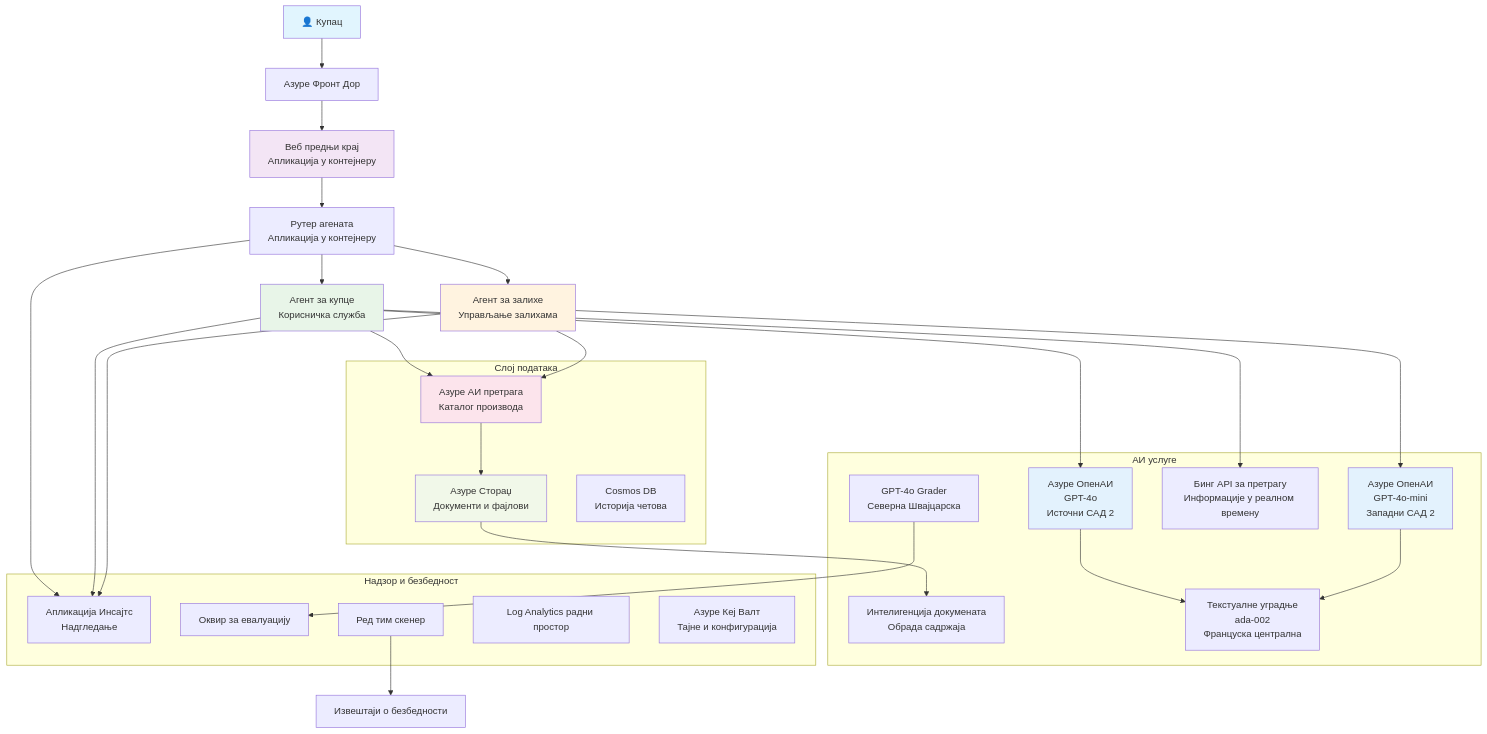
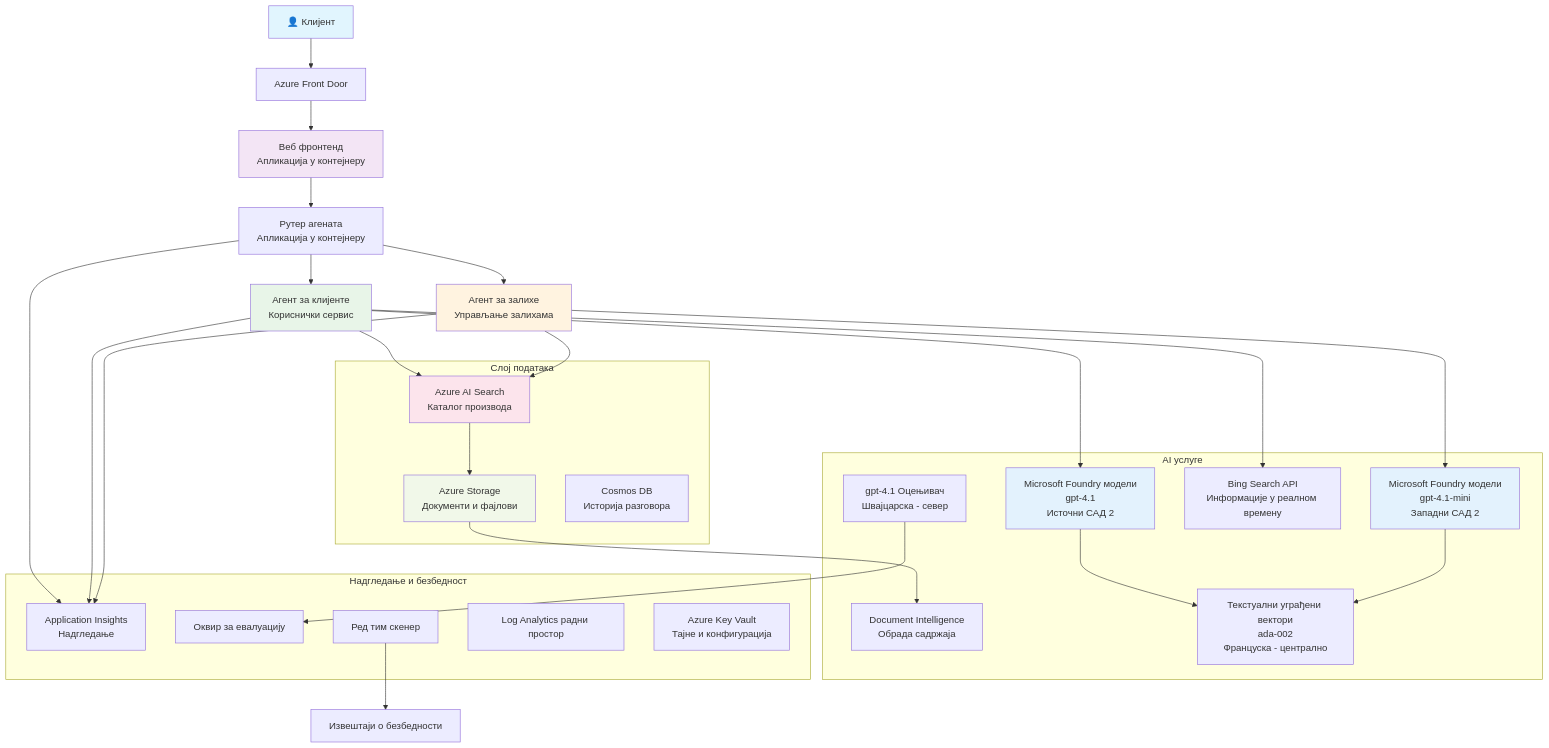
Before and after one commit to microsoft/AZD-for-beginners: the diagram in translations/sr/examples/retail-scenario.md, drawn with Mermaid. The commit also changed other lines of this file and 101 other files, not shown here.

````diff
--- a/translations/sr/examples/retail-scenario.md
+++ b/translations/sr/examples/retail-scenario.md
@@ -139,61 +139,61 @@
 ```mermaid
 graph TB
-    User[👤 Купац] --> LB[Азуре Фронт Дор]
-    LB --> WebApp[Веб предњи крај<br/>Апликација у контејнеру]
+    User[👤 Клијент] --> LB[Azure Front Door]
+    LB --> WebApp[Веб фронтенд<br/>Апликација у контејнеру]
     
     WebApp --> Router[Рутер агената<br/>Апликација у контејнеру]
-    Router --> CustomerAgent[Агент за купце<br/>Корисничка служба]
+    Router --> CustomerAgent[Агент за клијенте<br/>Кориснички сервис]
     Router --> InvAgent[Агент за залихе<br/>Управљање залихама]
     
-    CustomerAgent --> OpenAI1[Азуре ОпенАИ<br/>GPT-4o<br/>Источни САД 2]
-    InvAgent --> OpenAI2[Азуре ОпенАИ<br/>GPT-4o-mini<br/>Западни САД 2]
+    CustomerAgent --> OpenAI1[Microsoft Foundry модели<br/>gpt-4.1<br/>Источни САД 2]
+    InvAgent --> OpenAI2[Microsoft Foundry модели<br/>gpt-4.1-mini<br/>Западни САД 2]
     
-    CustomerAgent --> AISearch[Азуре АИ претрага<br/>Каталог производа]
-    CustomerAgent --> BingSearch[Бинг API за претрагу<br/>Информације у реалном времену]
+    CustomerAgent --> AISearch[Azure AI Search<br/>Каталог производа]
+    CustomerAgent --> BingSearch[Bing Search API<br/>Информације у реалном времену]
     InvAgent --> AISearch
     
-    AISearch --> Storage[Азуре Стораџ<br/>Документи и фајлови]
-    Storage --> DocIntel[Интелигенција докумената<br/>Обрада садржаја]
+    AISearch --> Storage[Azure Storage<br/>Документи и фајлови]
+    Storage --> DocIntel[Document Intelligence<br/>Обрада садржаја]
     
-    OpenAI1 --> Embeddings[Текстуалне уградње<br/>ada-002<br/>Француска централна]
+    OpenAI1 --> Embeddings[Текстуални уграђени вектори<br/>ada-002<br/>Француска - централно]
     OpenAI2 --> Embeddings
     
-    Router --> AppInsights[Апликација Инсајтс<br/>Надгледање]
+    Router --> AppInsights[Application Insights<br/>Надгледање]
     CustomerAgent --> AppInsights
     InvAgent --> AppInsights
     
-    GraderModel[GPT-4o Grader<br/>Северна Швајцарска] --> Evaluation[Оквир за евалуацију]
+    GraderModel[gpt-4.1 Оцењивач<br/>Швајцарска - север] --> Evaluation[Оквир за евалуацију]
     RedTeam[Ред тим скенер] --> SecurityReports[Извештаји о безбедности]
     
     subgraph "Слој података"
         Storage
         AISearch
-        CosmosDB[Cosmos DB<br/>Историја четова]
+        CosmosDB[Cosmos DB<br/>Историја разговора]
     end
     
-    subgraph "АИ услуге"
+    subgraph "AI услуге"
         OpenAI1
         OpenAI2
         Embeddings
         GraderModel
         DocIntel
         BingSearch
     end
     
-    subgraph "Надзор и безбедност"
+    subgraph "Надгледање и безбедност"
         AppInsights
         LogAnalytics[Log Analytics радни простор]
-        KeyVault[Азуре Кеј Валт<br/>Тајне и конфигурација]
+        KeyVault[Azure Key Vault<br/>Тајне и конфигурација]
         RedTeam
         Evaluation
     end
     
     style User fill:#e1f5fe
     style WebApp fill:#f3e5f5
     style CustomerAgent fill:#e8f5e8
     style InvAgent fill:#fff3e0
     style OpenAI1 fill:#e3f2fd
     style OpenAI2 fill:#e3f2fd
     style AISearch fill:#fce4ec
     style Storage fill:#f1f8e9
 ```
````
